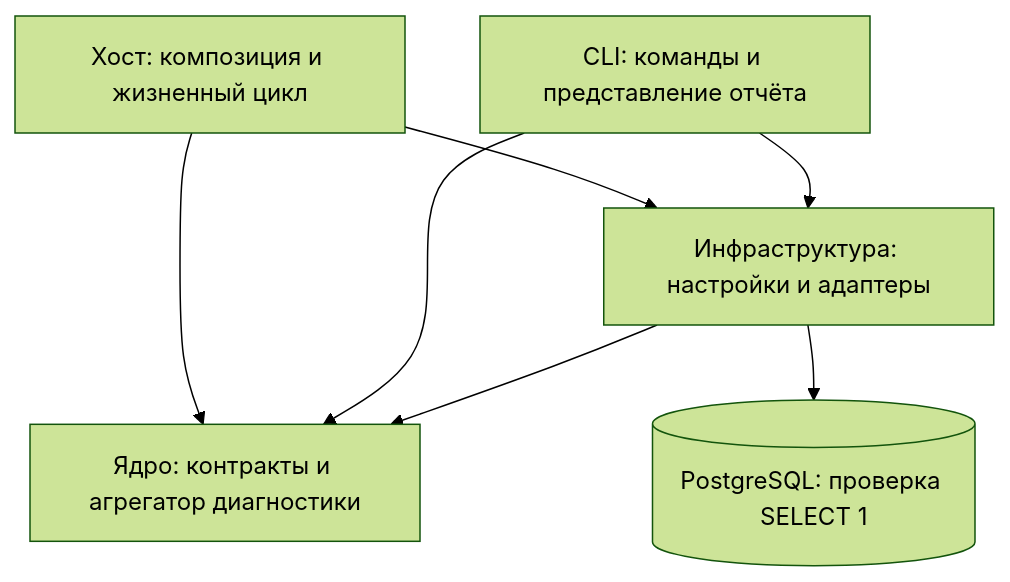
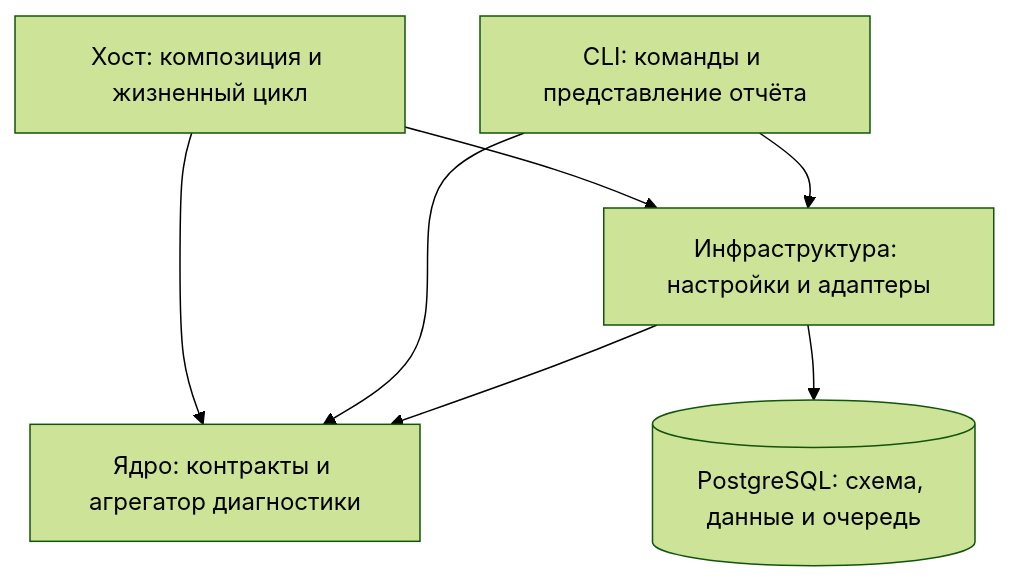
Before and after one commit to Flandre-Scarlet-the-best/anketa-parser: the diagram in docs/architecture.md, drawn with Mermaid (forest theme). The commit also changed other lines of this file and 65 other files, not shown here.

````diff
--- a/docs/architecture.md
+++ b/docs/architecture.md
@@ -9,9 +9,9 @@
 ```mermaid
 flowchart TD
     H["Хост: композиция и жизненный цикл"] --> I["Инфраструктура: настройки и адаптеры"]
     C["CLI: команды и представление отчёта"] --> I
     H --> K["Ядро: контракты и агрегатор диагностики"]
     C --> K
     I --> K
-    I --> P[("PostgreSQL: проверка SELECT 1")]
+    I --> P[("PostgreSQL: схема, данные и очередь")]
 ```
````
